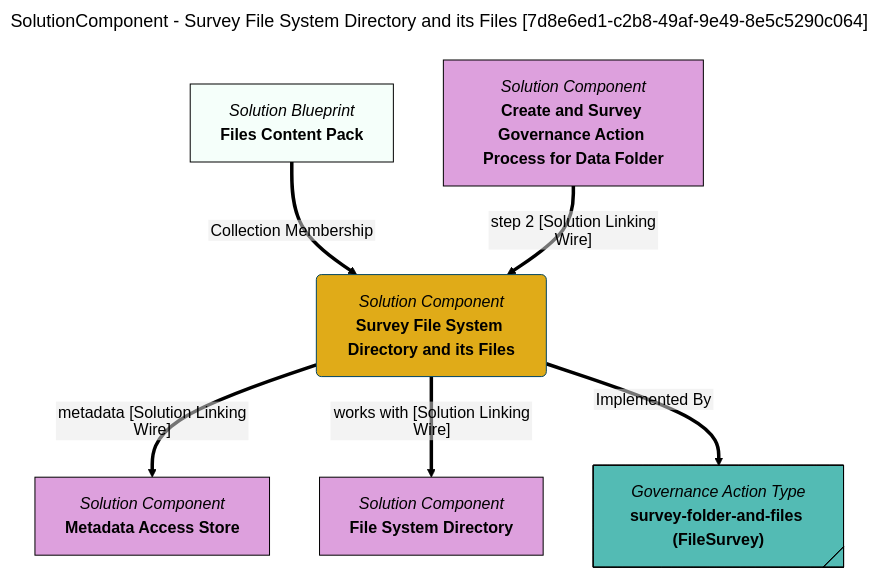
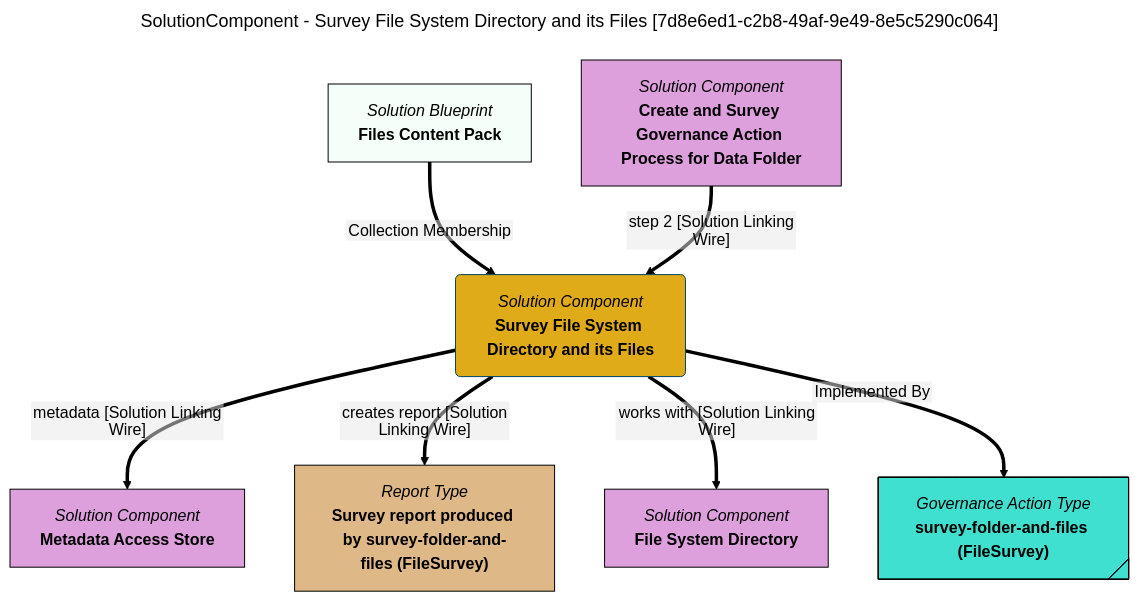
Before and after one commit to odpi/egeria-docs: the diagram in site/snippets/blueprints/components/survey-folder-and-files-mermaid-graph.md, drawn with Mermaid (forest theme). The commit also changed 2201 other files, not shown here.

````diff
--- a/site/snippets/blueprints/components/survey-folder-and-files-mermaid-graph.md
+++ b/site/snippets/blueprints/components/survey-folder-and-files-mermaid-graph.md
@@ -1,35 +1,39 @@
 ```mermaid
 ---
 title: SolutionComponent - Survey File System Directory and its Files [7d8e6ed1-c2b8-49af-9e49-8e5c5290c064]
 ---
 flowchart TD
 %%{init: {"flowchart": {"htmlLabels": false}} }%%
 
 1@{ shape: rounded, label: "*Solution Component*
 **Survey File System Directory and its Files**"}
 2@{ shape: rect, label: "*Solution Blueprint*
 **Files Content Pack**"}
 2==>|"Collection Membership"|1
 3@{ shape: rect, label: "*Solution Component*
 **Create and Survey Governance Action Process for Data Folder**"}
 3==>|"step 2 [Solution Linking Wire]"|1
 4@{ shape: rect, label: "*Solution Component*
 **Metadata Access Store**"}
 1==>|"metadata [Solution Linking Wire]"|4
-5@{ shape: rect, label: "*Solution Component*
+5@{ shape: rect, label: "*Report Type*
+**Survey report produced by survey-folder-and-files (FileSurvey)**"}
+1==>|"creates report [Solution Linking Wire]"|5
+6@{ shape: rect, label: "*Solution Component*
 **File System Directory**"}
-1==>|"works with [Solution Linking Wire]"|5
-6@{ shape: tag-rect, label: "*Governance Action Type*
+1==>|"works with [Solution Linking Wire]"|6
+7@{ shape: tag-rect, label: "*Governance Action Type*
 **survey-folder-and-files (FileSurvey)**"}
-1==>|"Implemented By"|6
+1==>|"Implemented By"|7
 style 1 color:#000000, fill:#e0ab18, stroke:#004563
 style 2 color:#000000, fill:#f5fffa, stroke:#000000
-style 3 color:#000000, fill:#dda0dd, stroke:#000000
-style 4 color:#000000, fill:#dda0dd, stroke:#000000
-style 5 color:#000000, fill:#dda0dd, stroke:#000000
-style 6 color:#000000, fill:#53bbb4, stroke:#000000
+style 3 color:#000000, fill:#DDA0DD, stroke:#000000
+style 4 color:#000000, fill:#DDA0DD, stroke:#000000
+style 5 color:#000000, fill:#DEB887, stroke:#000000
+style 6 color:#000000, fill:#DDA0DD, stroke:#000000
+style 7 color:#000000, fill:#40E0D0, stroke:#000000
 click 1 "https://egeria-project.org/concepts/governance-action-type/" "Click for more documentation" _blank
 click 3 "https://egeria-project.org/egeria-solutions/leveraging-files/overview/" "Click for more documentation" _blank
 click 4 "https://egeria-project.org/concepts/metadata-access-store/" "Click for more documentation" _blank
-click 5 "https://egeria-project.org/types/2/0220-Files-and-Folders/" "Click for more documentation" _blank
+click 6 "https://egeria-project.org/types/2/0220-Files-and-Folders/" "Click for more documentation" _blank
 ```
````
